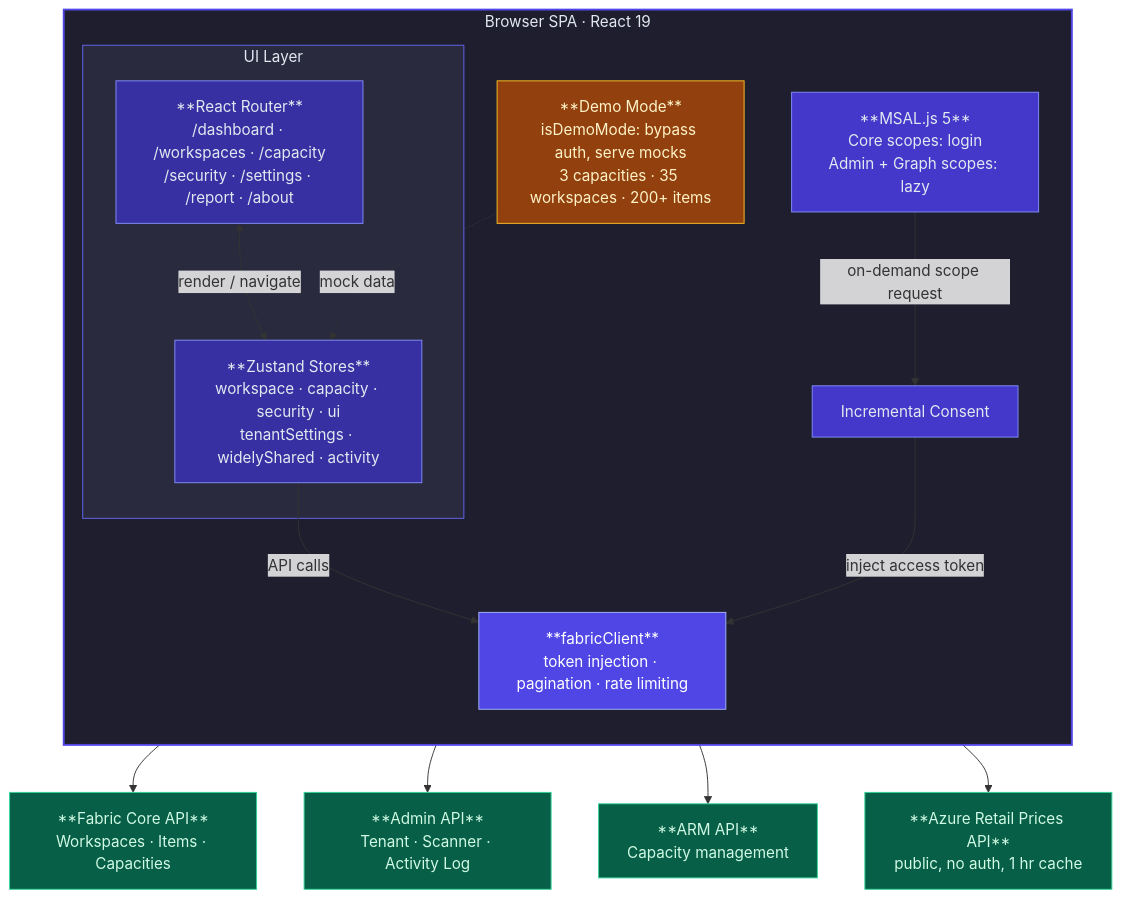
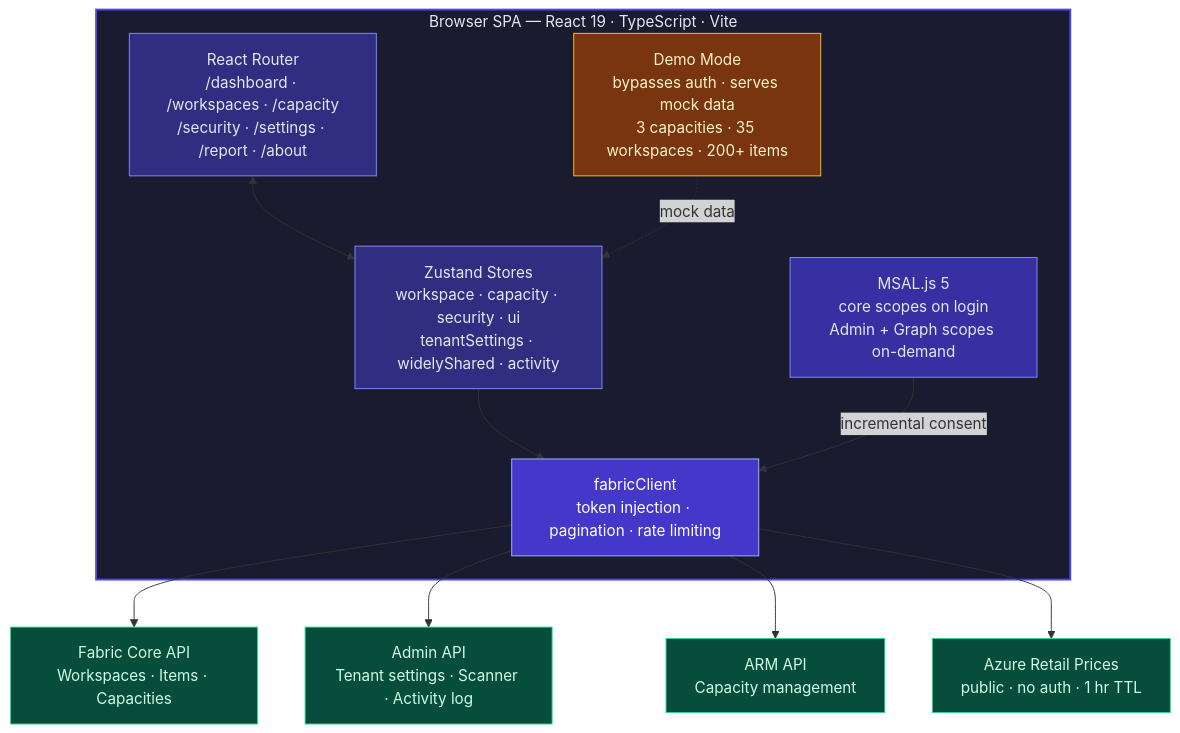
Before and after one commit to psistla/fabric-lens: the diagram in README.md, drawn with Mermaid.

Commit message:
docs: simplify architecture diagram for readability
Remove nested UI subgraph, flatten layout, shorten node labels,
drop redundant edge labels. Renders cleanly on GitHub without
text truncation or layout overlap.

````diff
--- a/README.md
+++ b/README.md
@@ -153,39 +153,31 @@
 ```mermaid
-flowchart TD
-    subgraph Browser["Browser SPA · React 19"]
-        direction TB
-        subgraph UI["UI Layer"]
-            Router["**React Router**\n/dashboard · /workspaces · /capacity\n/security · /settings · /report · /about"]
-            Stores["**Zustand Stores**\nworkspace · capacity · security · ui\ntenantSettings · widelyShared · activity"]
-        end
-
-        MSAL["**MSAL.js 5**\nCore scopes: login\nAdmin + Graph scopes: lazy"]
-        IC["Incremental Consent"]
-        FC["**fabricClient**\ntoken injection · pagination · rate limiting"]
-        Demo["**Demo Mode**\nisDemoMode: bypass auth, serve mocks\n3 capacities · 35 workspaces · 200+ items"]
+flowchart TB
+    subgraph Browser["Browser SPA — React 19 · TypeScript · Vite"]
+        Router["React Router\n/dashboard · /workspaces · /capacity\n/security · /settings · /report · /about"]
+        Stores["Zustand Stores\nworkspace · capacity · security · ui\ntenantSettings · widelyShared · activity"]
+        Demo["Demo Mode\nbypasses auth · serves mock data\n3 capacities · 35 workspaces · 200+ items"]
+        MSAL["MSAL.js 5\ncore scopes on login\nAdmin + Graph scopes on-demand"]
+        FC["fabricClient\ntoken injection · pagination · rate limiting"]
     end
 
-    Router <-->|render / navigate| Stores
-    Stores -->|API calls| FC
-    MSAL -->|on-demand scope request| IC
-    IC -->|inject access token| FC
+    Router <--> Stores
+    Stores --> FC
+    MSAL -->|incremental consent| FC
     Demo -. mock data .-> Stores
 
-    FC --> FabricAPI["**Fabric Core API**\nWorkspaces · Items · Capacities"]
-    FC --> AdminAPI["**Admin API**\nTenant · Scanner · Activity Log"]
-    FC --> ARMAPI["**ARM API**\nCapacity management"]
-    FC --> PricingAPI["**Azure Retail Prices API**\npublic, no auth, 1 hr cache"]
+    FC --> Core["Fabric Core API\nWorkspaces · Items · Capacities"]
+    FC --> Admin["Admin API\nTenant settings · Scanner · Activity log"]
+    FC --> ARM["ARM API\nCapacity management"]
+    FC --> Prices["Azure Retail Prices\npublic · no auth · 1 hr TTL"]
 
-    style Browser fill:#1e1e2e,stroke:#4F46E5,stroke-width:2px,color:#e2e8f0
-    style UI fill:#2a2a3e,stroke:#6366f1,stroke-width:1px,color:#e2e8f0
-    style Router fill:#3730a3,stroke:#818cf8,color:#e2e8f0
-    style Stores fill:#3730a3,stroke:#818cf8,color:#e2e8f0
-    style MSAL fill:#4338ca,stroke:#818cf8,color:#e2e8f0
-    style IC fill:#4338ca,stroke:#818cf8,color:#e2e8f0
-    style FC fill:#4F46E5,stroke:#a5b4fc,color:#ffffff
-    style Demo fill:#92400e,stroke:#fbbf24,color:#fef3c7
-    style FabricAPI fill:#065f46,stroke:#34d399,color:#d1fae5
-    style AdminAPI fill:#065f46,stroke:#34d399,color:#d1fae5
-    style ARMAPI fill:#065f46,stroke:#34d399,color:#d1fae5
-    style PricingAPI fill:#065f46,stroke:#34d399,color:#d1fae5
+    style Browser fill:#1a1b2e,stroke:#4F46E5,stroke-width:2px,color:#e2e8f0
+    style Router fill:#312e81,stroke:#818cf8,color:#e2e8f0
+    style Stores fill:#312e81,stroke:#818cf8,color:#e2e8f0
+    style MSAL fill:#3730a3,stroke:#818cf8,color:#e2e8f0
+    style Demo fill:#78350f,stroke:#fbbf24,color:#fef3c7
+    style FC fill:#4338ca,stroke:#a5b4fc,color:#ffffff
+    style Core fill:#064e3b,stroke:#34d399,color:#d1fae5
+    style Admin fill:#064e3b,stroke:#34d399,color:#d1fae5
+    style ARM fill:#064e3b,stroke:#34d399,color:#d1fae5
+    style Prices fill:#064e3b,stroke:#34d399,color:#d1fae5
 ```
````
